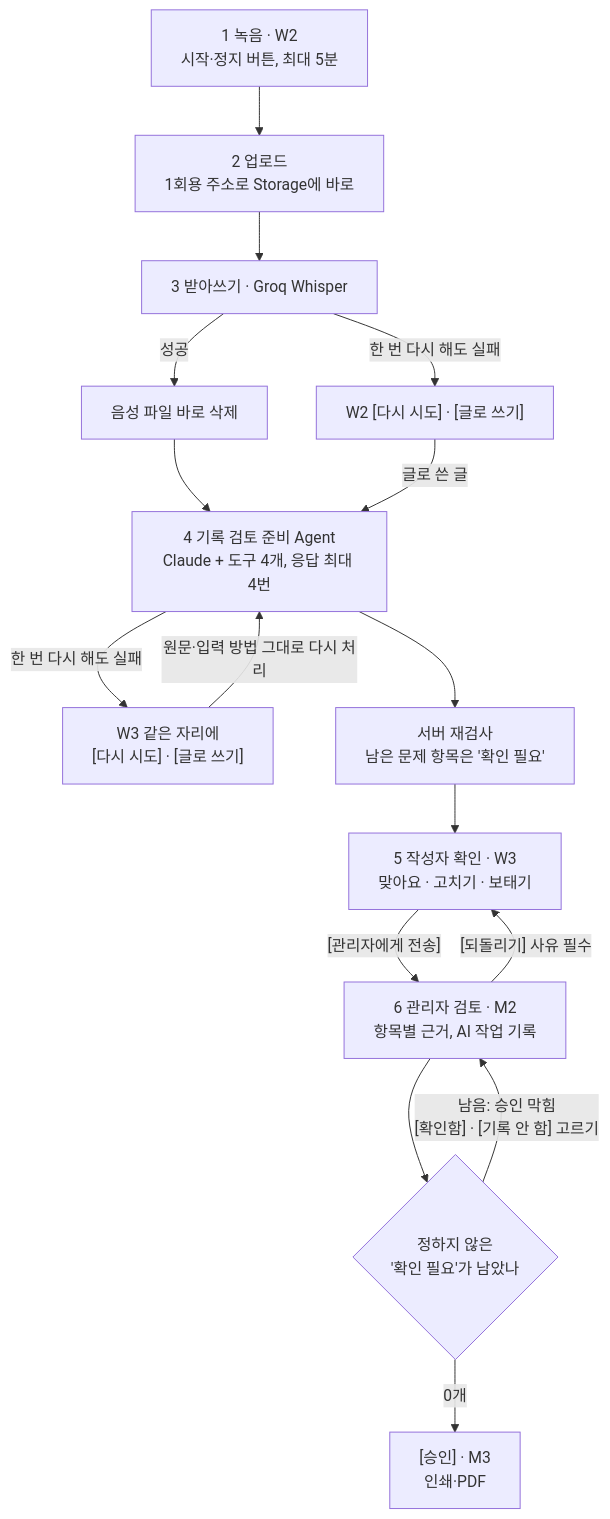
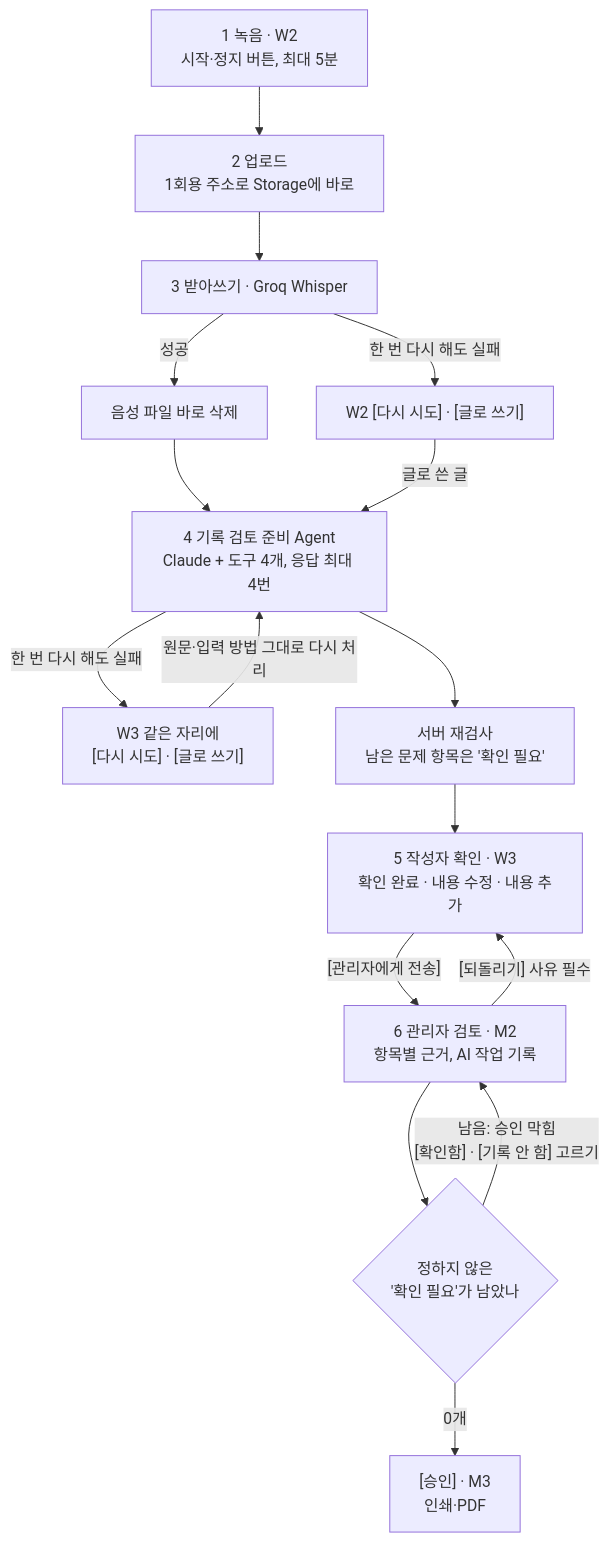
The second of 2 diagrams in 문서/설계/기술선택-v1.1.md (2dion/CareBridge), drawn with Mermaid before and after one commit. The commit also changed 9 other files, not shown here.

````diff
--- a/문서/설계/기술선택-v1.1.md
+++ b/문서/설계/기술선택-v1.1.md
@@ -189,18 +189,18 @@
 ```mermaid
 flowchart TD
   A["1 녹음 · W2<br/>시작·정지 버튼, 최대 5분"] --> B["2 업로드<br/>1회용 주소로 Storage에 바로"]
   B --> C["3 받아쓰기 · Groq Whisper"]
   C -->|성공| D["음성 파일 바로 삭제"]
   C -->|"한 번 다시 해도 실패"| X["W2 [다시 시도] · [글로 쓰기]"]
   D --> E["4 기록 검토 준비 Agent<br/>Claude + 도구 4개, 응답 최대 4번"]
   X -->|"글로 쓴 글"| E
   E -->|"한 번 다시 해도 실패"| Y["W3 같은 자리에<br/>[다시 시도] · [글로 쓰기]"]
   Y -->|"원문·입력 방법 그대로 다시 처리"| E
   E --> F["서버 재검사<br/>남은 문제 항목은 '확인 필요'"]
-  F --> G["5 작성자 확인 · W3<br/>맞아요 · 고치기 · 보태기"]
+  F --> G["5 작성자 확인 · W3<br/>확인 완료 · 내용 수정 · 내용 추가"]
   G -->|"[관리자에게 전송]"| H["6 관리자 검토 · M2<br/>항목별 근거, AI 작업 기록"]
   H -->|"[되돌리기] 사유 필수"| G
   H --> I{"정하지 않은<br/>'확인 필요'가 남았나"}
   I -->|"남음: 승인 막힘<br/>[확인함] · [기록 안 함] 고르기"| H
   I -->|"0개"| J["[승인] · M3<br/>인쇄·PDF"]
 ```
````
